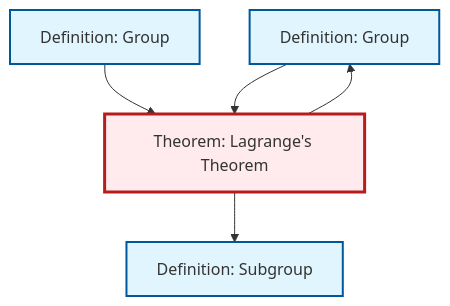
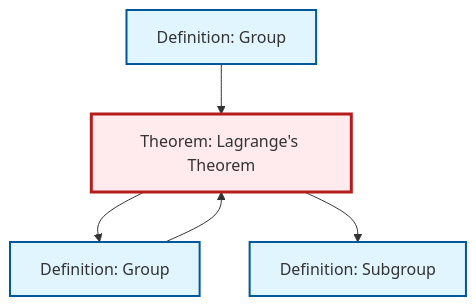
Before and after one commit to RK0429/ModernMath: the diagram in output/mermaid/thm-lagrange.mermaid, drawn with Mermaid. The commit also changed other lines of this file and 1121 other files, not shown here.

````diff
--- a/output/mermaid/thm-lagrange.mermaid
+++ b/output/mermaid/thm-lagrange.mermaid
@@ -1,18 +1,18 @@
 ```{mermaid}
 %%| fig-cap: "Local dependency graph"
 graph TD
     classDef definition fill:#e1f5fe,stroke:#01579b,stroke-width:2px
     classDef theorem fill:#f3e5f5,stroke:#4a148c,stroke-width:2px
     classDef axiom fill:#fff3e0,stroke:#e65100,stroke-width:2px
     classDef example fill:#e8f5e9,stroke:#1b5e20,stroke-width:2px
     classDef current fill:#ffebee,stroke:#b71c1c,stroke-width:3px
+    thm-lagrange["Theorem: Lagrange's Theorem"]:::theorem
+    def-group-example["Definition: Group"]:::definition
     def-group["Definition: Group"]:::definition
-    def-group-example["Definition: Group"]:::definition
-    thm-lagrange["Theorem: Lagrange's Theorem"]:::theorem
     def-subgroup["Definition: Subgroup"]:::definition
+    thm-lagrange --> def-group
+    def-group --> thm-lagrange
+    thm-lagrange --> def-subgroup
     def-group-example --> thm-lagrange
-    def-group --> thm-lagrange
-    thm-lagrange --> def-group
-    thm-lagrange --> def-subgroup
     class thm-lagrange current
 ```
````
